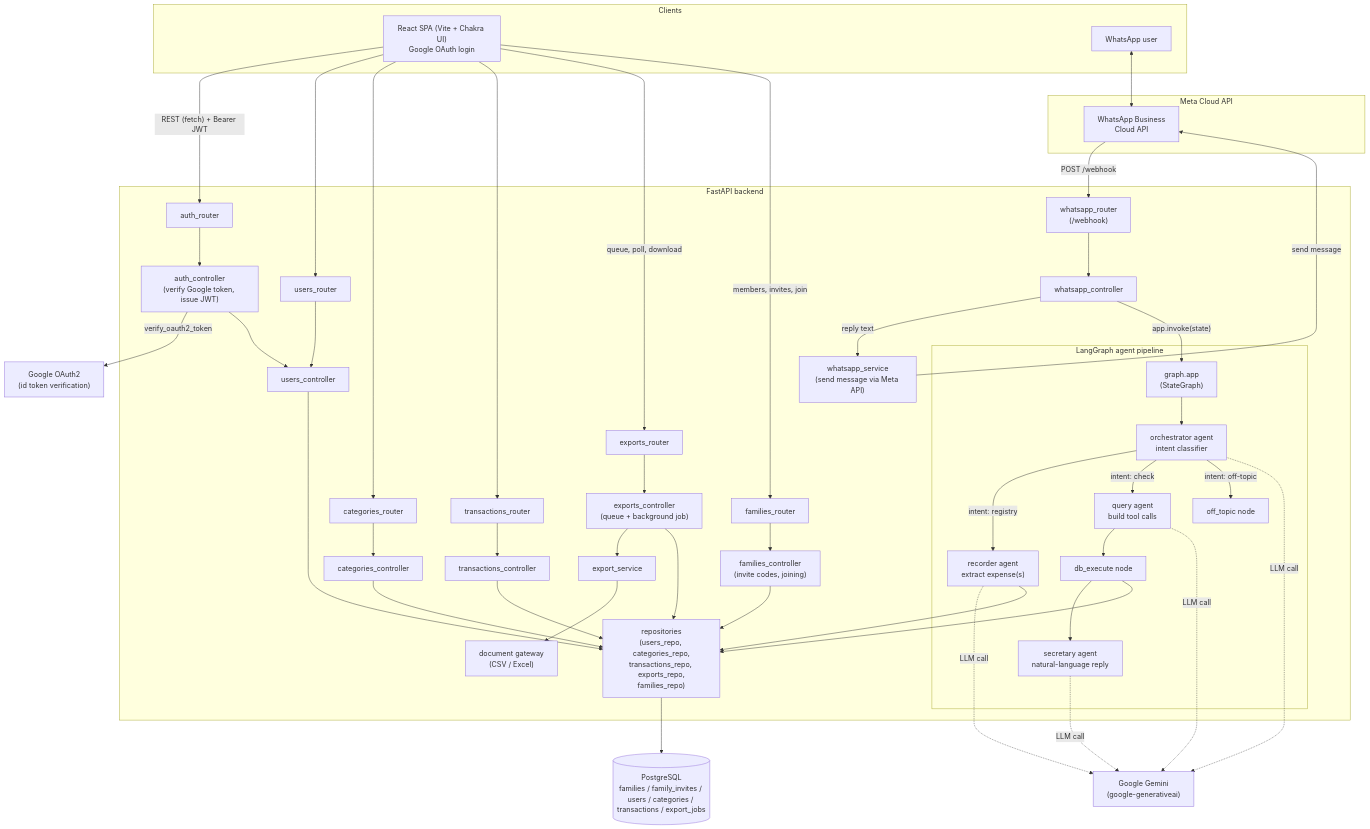
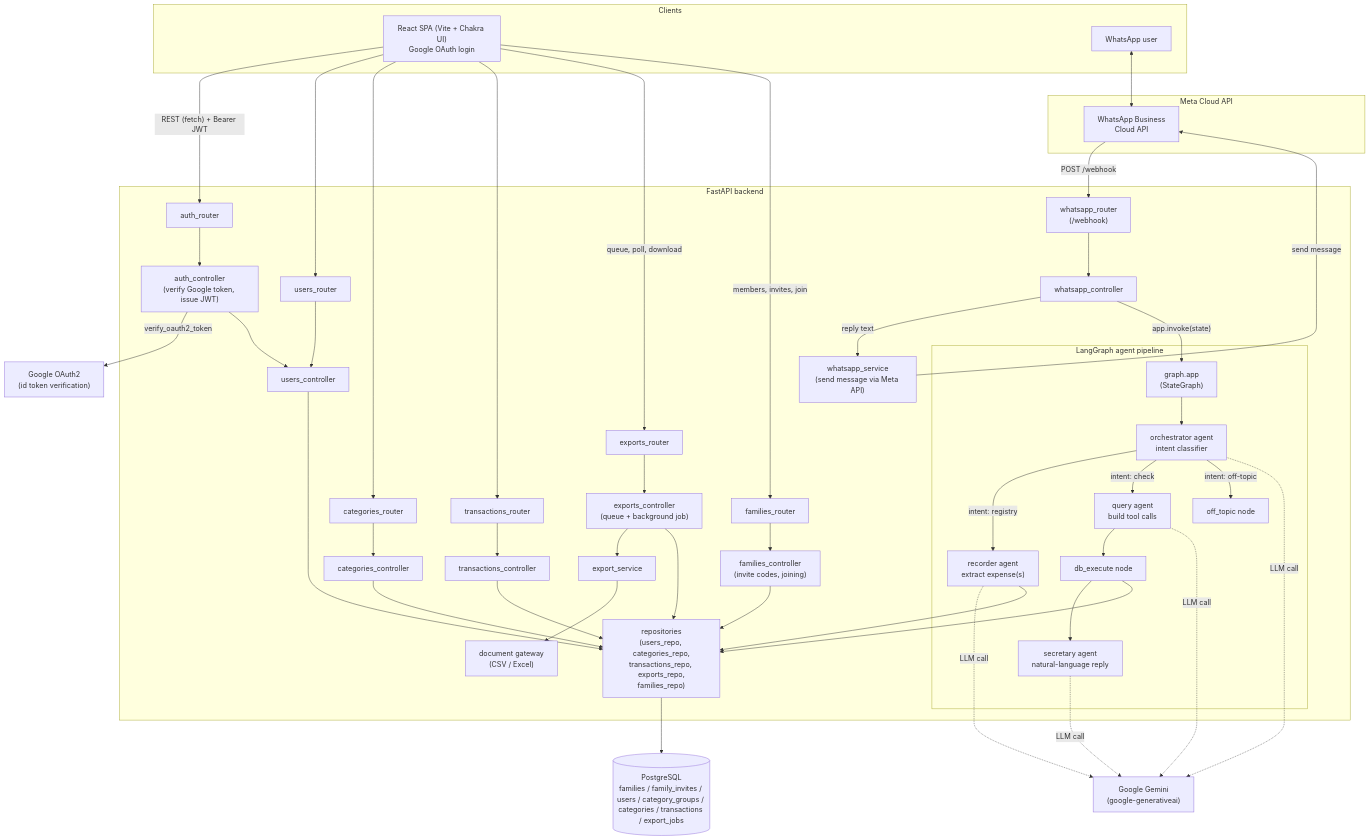
The first of 4 diagrams in docs/SYSTEM_DESIGN.md (lucabattesini/money-budget), drawn with Mermaid before and after one commit. The commit also changed other lines of this file and 1 other file, not shown here.

Commit message:
MB-0017 docs: describe category groups in the system design and test setup

```diff
--- a/docs/SYSTEM_DESIGN.md
+++ b/docs/SYSTEM_DESIGN.md
@@ -55,7 +55,7 @@
         end
     end
 
-    DB[("PostgreSQL\nfamilies / family_invites / users / categories / transactions / export_jobs")]
+    DB[("PostgreSQL\nfamilies / family_invites / users / category_groups / categories / transactions / export_jobs")]
     Gemini["Google Gemini\n(google-generativeai)"]
     GoogleOAuth["Google OAuth2\n(id token verification)"]
 
```
